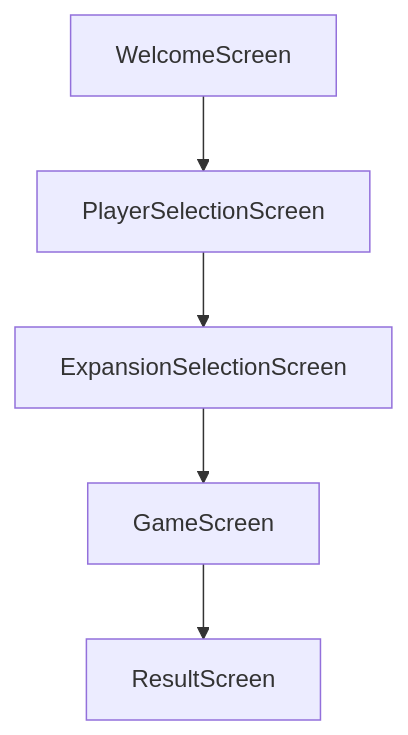
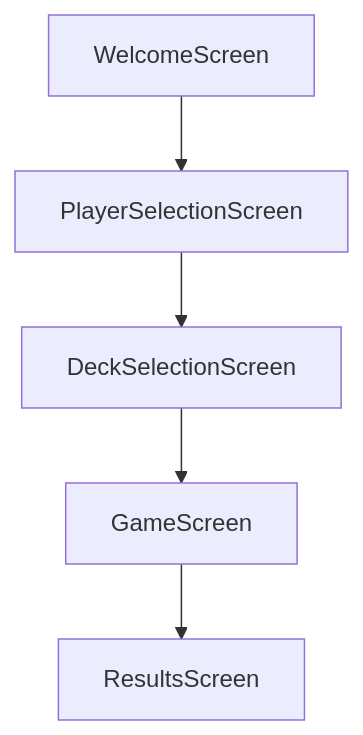
One commit to kirschkakao/Kotlin-Multiplatform-Training changed the first of 3 diagrams in docs/day2/task3.md. Above: the diagram before and after it, drawn with Mermaid. The commit also changed other lines of this file, not shown here.

Commit message:
streamline screen naming

````diff
--- a/docs/day2/task3.md
+++ b/docs/day2/task3.md
@@ -17,4 +17,4 @@
 ```mermaid
 flowchart TB
-    WelcomeScreen --> PlayerSelectionScreen --> ExpansionSelectionScreen --> GameScreen --> ResultScreen
+    WelcomeScreen --> PlayerSelectionScreen --> DeckSelectionScreen --> GameScreen --> ResultsScreen
 ```
````
